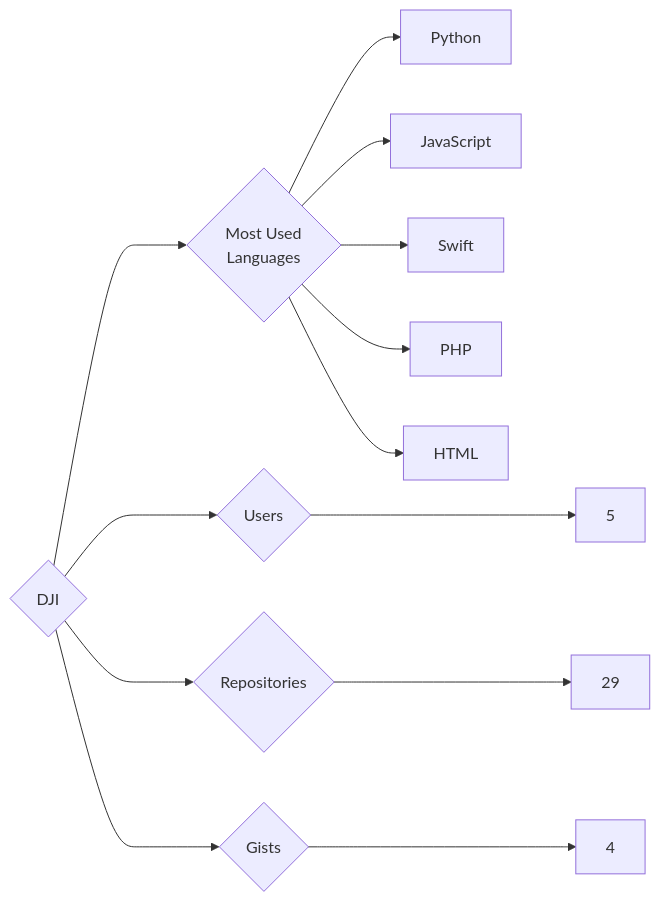
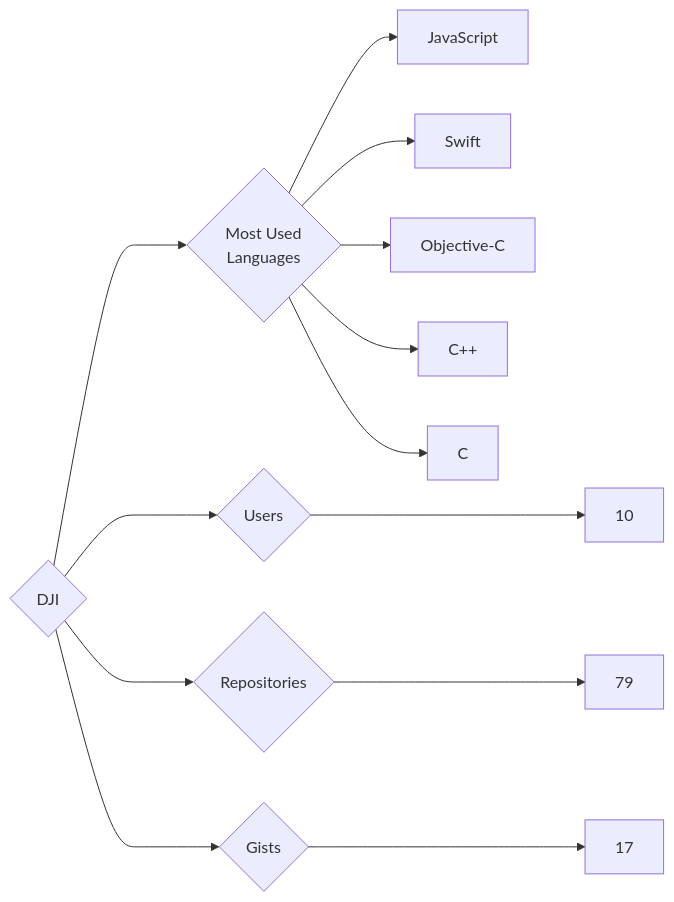
One commit to trickest/insiders changed the diagram in targets/DJI/README.md. Above: the diagram before and after it, drawn with Mermaid. The commit also changed 1238 other files, not shown here.

````diff
--- a/targets/DJI/README.md
+++ b/targets/DJI/README.md
@@ -3,13 +3,13 @@
 ```mermaid
 graph LR
 COMPANY_NAME{DJI}
-COMPANY_NAME ---> U{Users} ---> UN[5]
-COMPANY_NAME ---> R{Repositories} ---> RN[29]
-COMPANY_NAME ---> G{Gists} ---> GN[4]
+COMPANY_NAME ---> U{Users} ---> UN[10]
+COMPANY_NAME ---> R{Repositories} ---> RN[79]
+COMPANY_NAME ---> G{Gists} ---> GN[17]
 COMPANY_NAME ---> ML{Most Used<br>Languages}
-ML --> Python[Python]
 ML --> JavaScript[JavaScript]
 ML --> Swift[Swift]
-ML --> PHP[PHP]
-ML --> HTML[HTML]
+ML --> Objective-C[Objective-C]
+ML --> C++[C++]
+ML --> C[C]
 ```
````
